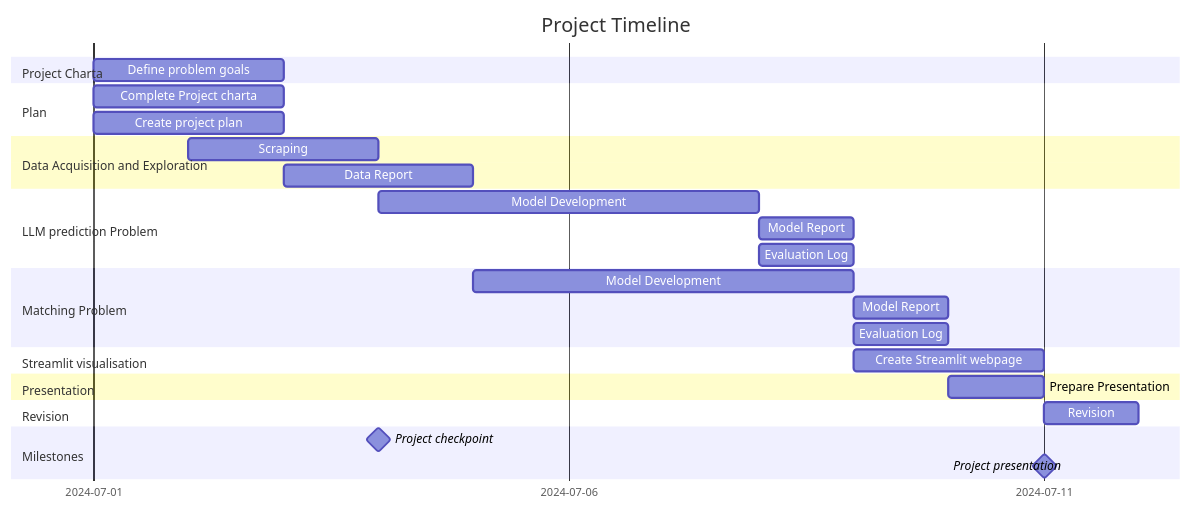
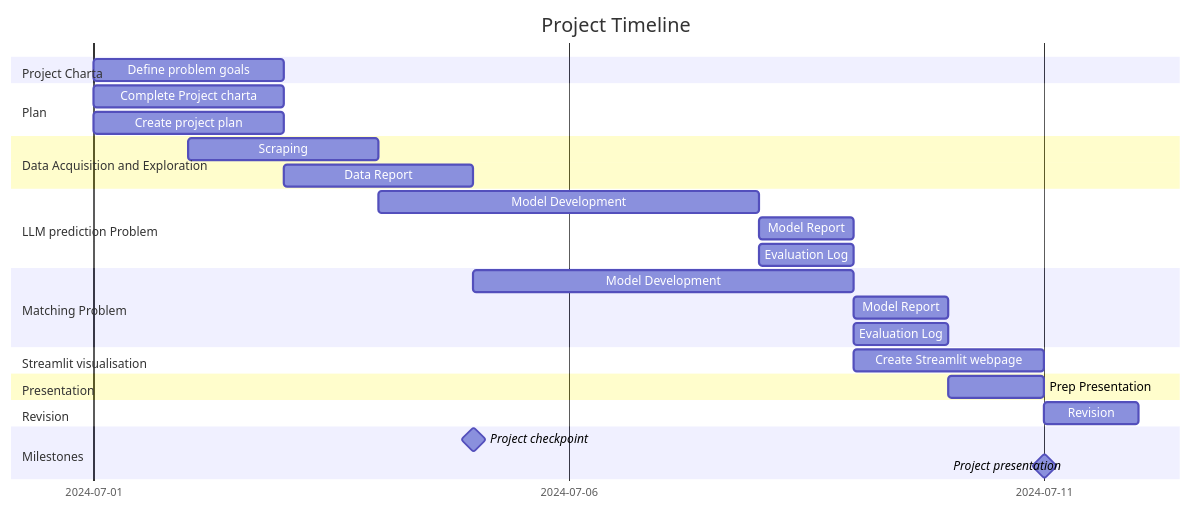
The diagram in docs/project_charta_template.md (ElijahLeeMorgan/JobMarket), drawn with Mermaid before and after one commit.

Commit message:
minor changes timeplan
project mileston upped from 4m to 15m

````diff
--- a/docs/project_charta_template.md
+++ b/docs/project_charta_template.md
@@ -115,32 +115,32 @@
 ```mermaid
 gantt
     title Project Timeline
     dateFormat YYYY-MM-DD
     tickInterval 5day
     section Project Charta
         Define problem goals :a1, 2024-07-01, 2d
     section Plan
         Complete Project charta :a2, 2024-07-01, 2d
         Create project plan :a3, 2024-07-01, 2d
     section Data Acquisition and Exploration
         Scraping :a4, 2024-07-02, 2d
         Data Report :a5, 2024-07-03, 2d
     section LLM prediction Problem
         Model Development :a6, 2024-07-04, 4d
         Model Report :a7, 2024-07-08, 1d
         Evaluation Log :a8, 2024-07-08, 1d
     section Matching Problem
         Model Development :a9, 2024-07-05, 4d
         Model Report :a10, 2024-07-09, 1d
         Evaluation Log :a11, 2024-07-09, 1d
     section Streamlit visualisation
         Create Streamlit webpage :a12, 2024-07-09, 2d
     section Presentation
-        Prepare Presentation :a13, 2024-07-10, 1d
+        Prep Presentation :a13, 2024-07-10, 1d
     section Revision
         Revision :a14, 2024-07-11, 1d
     section Milestones
-        Project checkpoint: milestone, m1, 2024-07-04, 4m
+        Project checkpoint: milestone, m1, 2024-07-05, 15m
         Project presentation: milestone, m2, 2024-07-11, 15m
 
 ```
````
